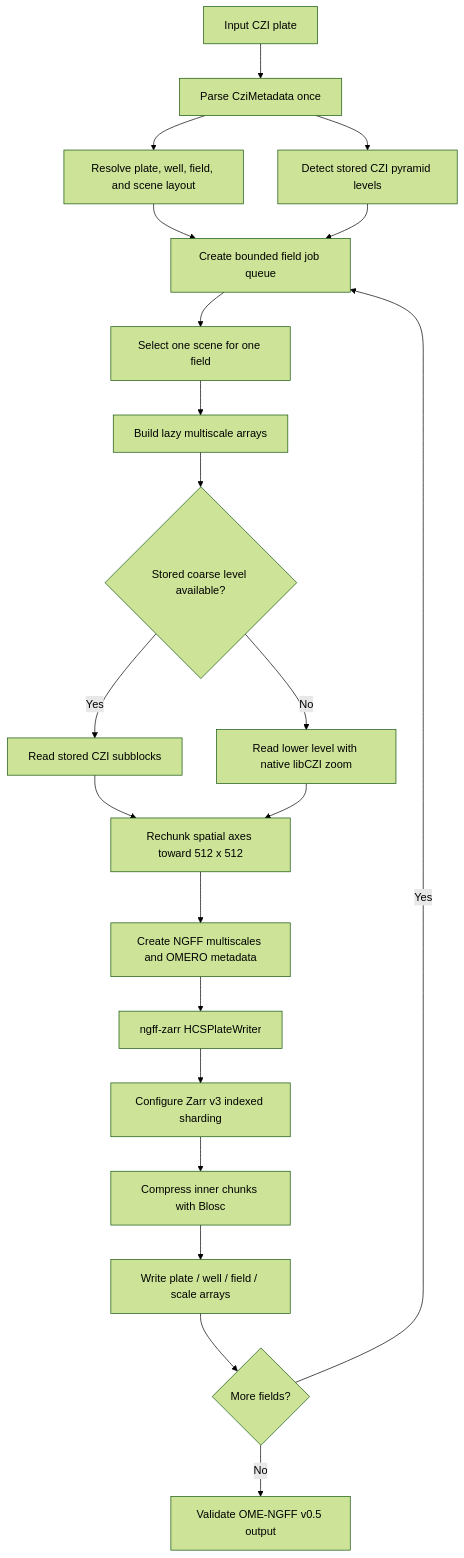
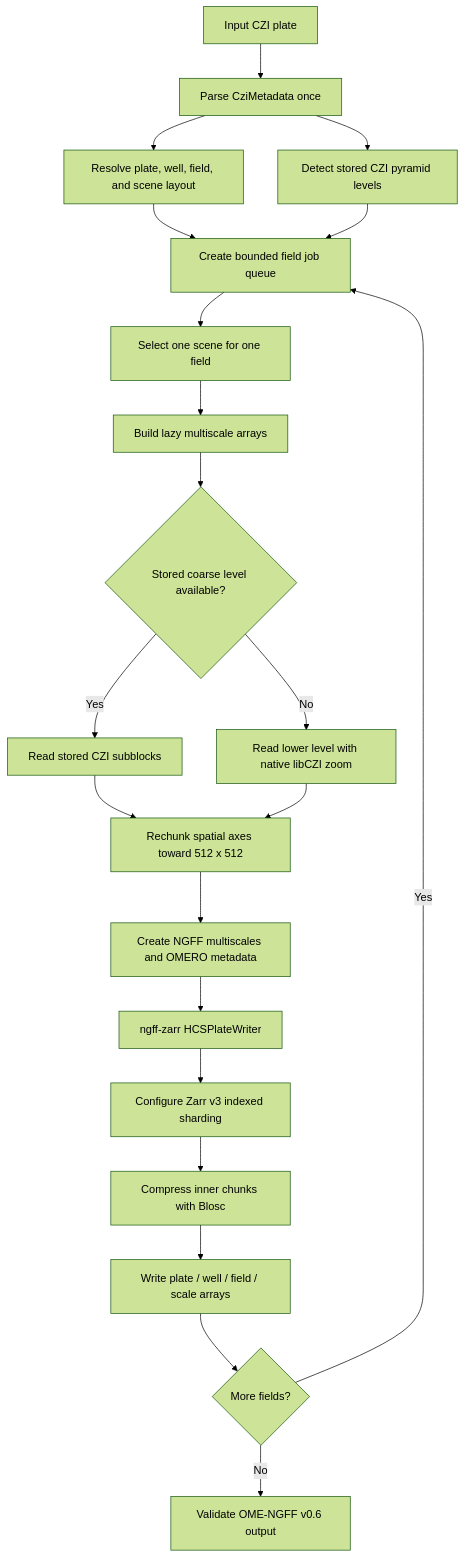
The diagram in docs/diagrams/hcs-ngff-conversion-workflow.mmd (sebi06/czitools), drawn with Mermaid (forest theme) before and after one commit. The commit also changed 13 other files, not shown here.

```diff
--- a/docs/diagrams/hcs-ngff-conversion-workflow.mmd
+++ b/docs/diagrams/hcs-ngff-conversion-workflow.mmd
@@ -1,21 +1,21 @@
 flowchart TD
     input[Input CZI plate] --> metadata[Parse CziMetadata once]
     metadata --> layout[Resolve plate, well, field, and scene layout]
     metadata --> pyramid[Detect stored CZI pyramid levels]
     layout --> queue[Create bounded field job queue]
     pyramid --> queue
     queue --> scene[Select one scene for one field]
     scene --> levels[Build lazy multiscale arrays]
     levels --> decision{Stored coarse level available?}
     decision -- Yes --> stored[Read stored CZI subblocks]
     decision -- No --> native[Read lower level with native libCZI zoom]
     stored --> chunks[Rechunk spatial axes toward 512 x 512]
     native --> chunks
     chunks --> ngff[Create NGFF multiscales and OMERO metadata]
     ngff --> writer[ngff-zarr HCSPlateWriter]
     writer --> shard[Configure Zarr v3 indexed sharding]
     shard --> compress[Compress inner chunks with Blosc]
     compress --> field[Write plate / well / field / scale arrays]
     field --> remaining{More fields?}
     remaining -- Yes --> queue
-    remaining -- No --> validate[Validate OME-NGFF v0.5 output]
+    remaining -- No --> validate[Validate OME-NGFF v0.6 output]
```
